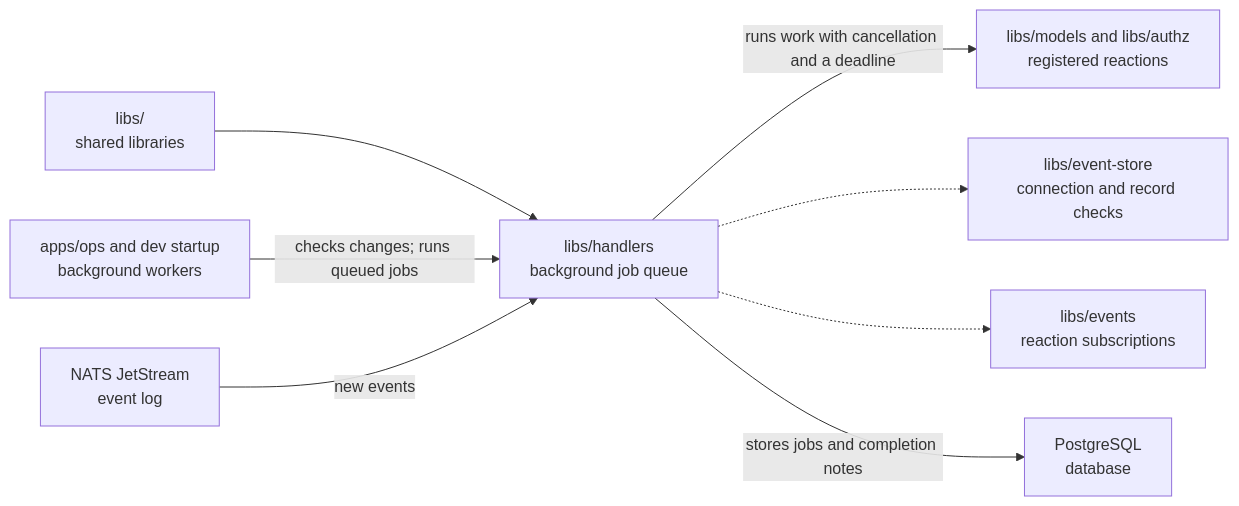
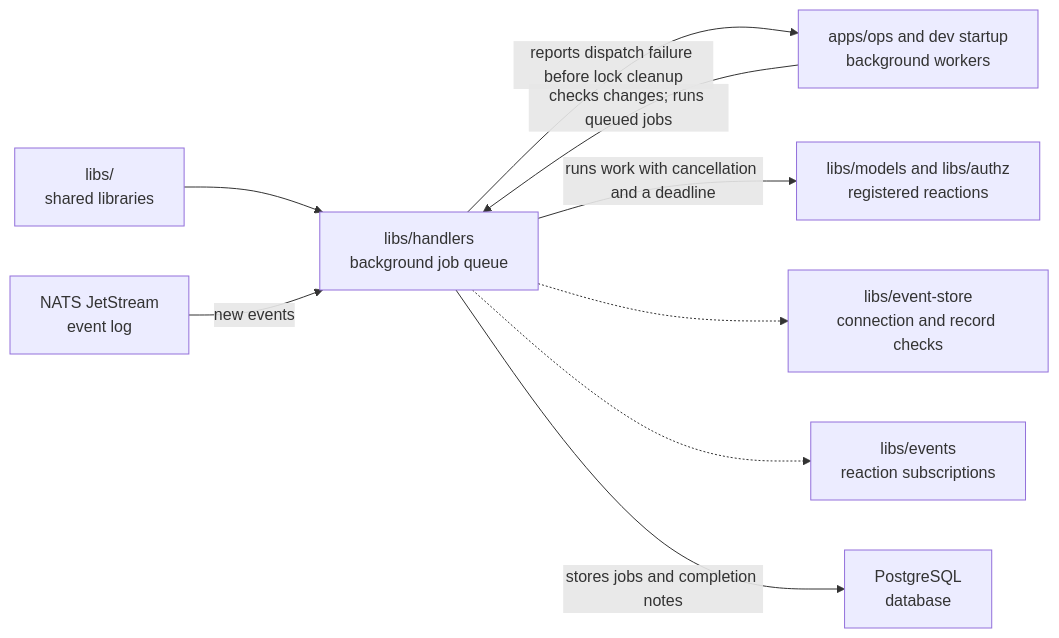
The diagram in libs/handlers/README.md (elewa-git/opencrane-new), drawn with Mermaid before and after one commit. The commit also changed other lines of this file and 7 other files, not shown here.

````diff
--- a/libs/handlers/README.md
+++ b/libs/handlers/README.md
@@ -20,10 +20,11 @@
 ```mermaid
 flowchart LR
   parent["libs/<br/>shared libraries"] --> handlers["libs/handlers<br/>background job queue"]
   ops["apps/ops and dev startup<br/>background workers"] -->|checks changes; runs queued jobs| handlers
+  handlers -->|reports dispatch failure before lock cleanup| ops
   nats["NATS JetStream<br/>event log"] -->|new events| handlers
   handlers -->|runs work with cancellation and a deadline| reactions["libs/models and libs/authz<br/>registered reactions"]
   handlers -.-> store["libs/event-store<br/>connection and record checks"]
   handlers -.-> events["libs/events<br/>reaction subscriptions"]
   handlers -->|stores jobs and completion notes| pg["PostgreSQL<br/>database"]
 ```
````
